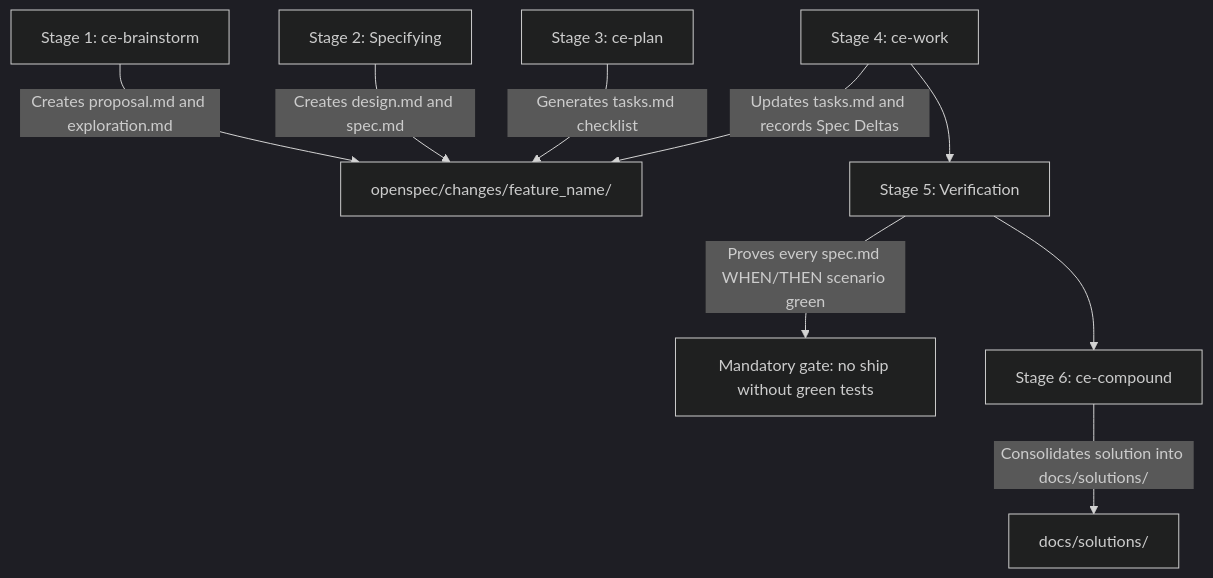
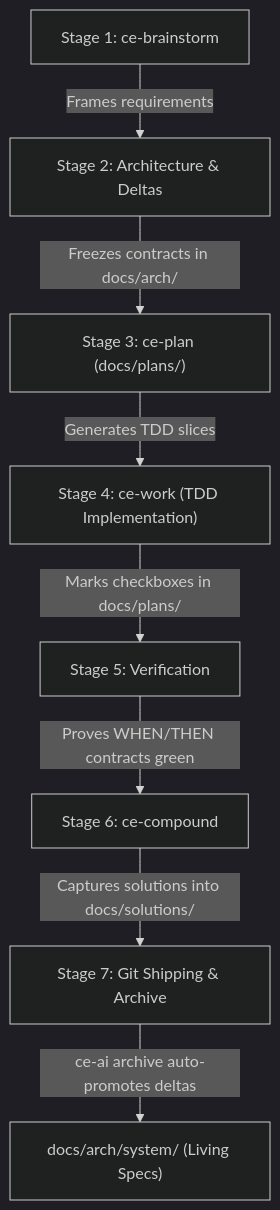
The second of 3 diagrams in docs/user-guide/compound-engineering-workflow-explained.md (mastepanoski/ce-ai), drawn with Mermaid (dark theme) before and after one commit. The commit also changed other lines of this file and 34 other files, not shown here.

First line of the commit message:
feat(arch): unify living architecture in docs/arch and decouple progress to docs/plans (#496)

````diff
--- a/docs/user-guide/compound-engineering-workflow-explained.md
+++ b/docs/user-guide/compound-engineering-workflow-explained.md
@@ -81,10 +80,10 @@
 ```mermaid
 flowchart TD
-    STAGE1["Stage 1: ce-brainstorm"] -->|"Creates proposal.md and exploration.md"| OPENSPEC_DIR["openspec/changes/feature_name/"]
-    STAGE2["Stage 2: Specifying"] -->|"Creates design.md and spec.md"| OPENSPEC_DIR
-    STAGE3["Stage 3: ce-plan"] -->|"Generates tasks.md checklist"| OPENSPEC_DIR
-    STAGE4["Stage 4: ce-work"] -->|"Updates tasks.md and records Spec Deltas"| OPENSPEC_DIR
-    STAGE5["Stage 5: Verification"] -->|"Proves every spec.md WHEN/THEN scenario green"| GATE["Mandatory gate: no ship without green tests"]
-    STAGE6["Stage 6: ce-compound"] -->|"Consolidates solution into docs/solutions/"| DOCS_SOLUTIONS["docs/solutions/"]
-    STAGE4 --> STAGE5 --> STAGE6
+    STAGE1["Stage 1: ce-brainstorm"] -->|"Frames requirements"| STAGE2["Stage 2: Architecture & Deltas"]
+    STAGE2 -->|"Freezes contracts in docs/arch/"| STAGE3["Stage 3: ce-plan (docs/plans/)"]
+    STAGE3 -->|"Generates TDD slices"| STAGE4["Stage 4: ce-work (TDD Implementation)"]
+    STAGE4 -->|"Marks checkboxes in docs/plans/"| STAGE5["Stage 5: Verification"]
+    STAGE5 -->|"Proves WHEN/THEN contracts green"| STAGE6["Stage 6: ce-compound"]
+    STAGE6 -->|"Captures solutions into docs/solutions/"| STAGE7["Stage 7: Git Shipping & Archive"]
+    STAGE7 -->|"ce-ai archive auto-promotes deltas"| ARCH_SYSTEM["docs/arch/system/ (Living Specs)"]
 ```
````
